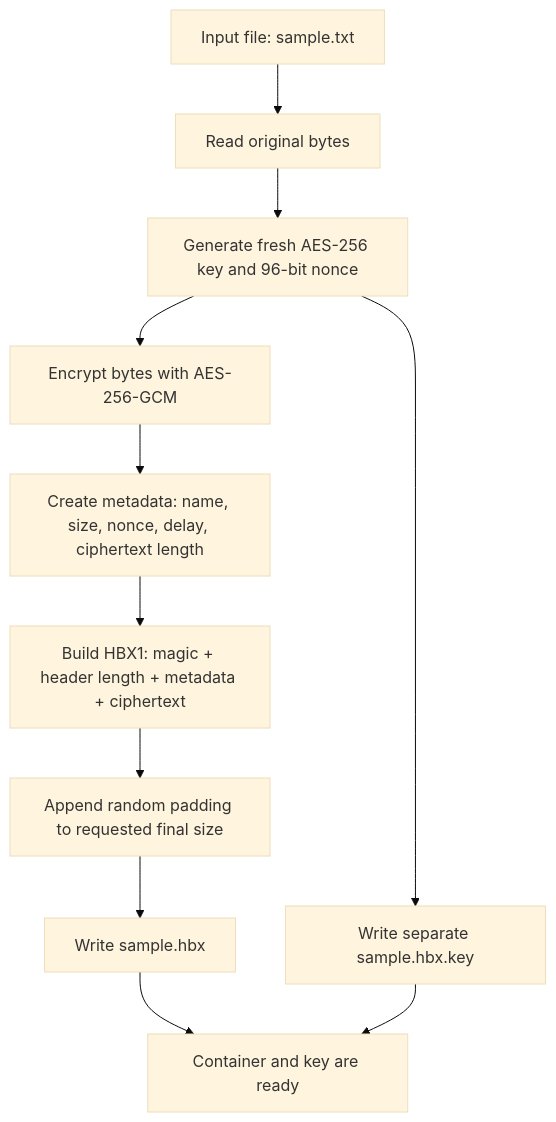
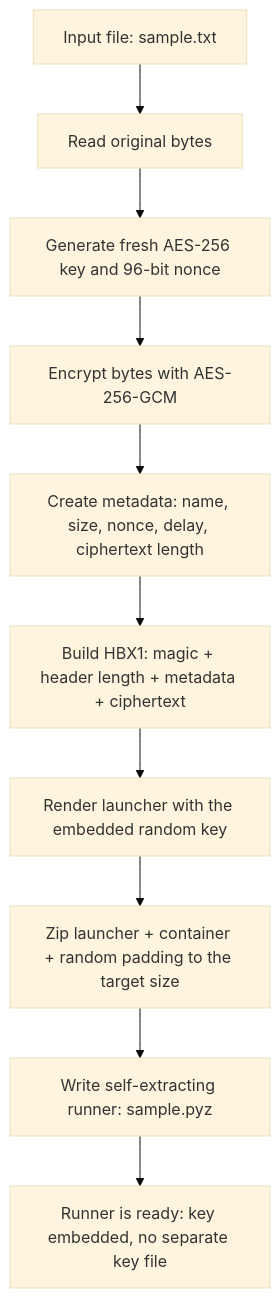
Before and after one commit to fahdaguenouz/hidden-bytes: the fourth of 8 diagrams in README.md, drawn with Mermaid (base theme). The commit also changed other lines of this file and 1 other file, not shown here.

````diff
--- a/README.md
+++ b/README.md
@@ -817,13 +811,12 @@
 ```mermaid
 flowchart TD
     A[Input file: sample.txt] --> B[Read original bytes]
     B --> C[Generate fresh AES-256 key and 96-bit nonce]
     C --> D[Encrypt bytes with AES-256-GCM]
     D --> E[Create metadata: name, size, nonce, delay, ciphertext length]
     E --> F[Build HBX1: magic + header length + metadata + ciphertext]
-    F --> G[Append random padding to requested final size]
-    G --> H[Write sample.hbx]
-    C --> I[Write separate sample.hbx.key]
-    H --> J[Container and key are ready]
-    I --> J
+    F --> G[Render launcher with the embedded random key]
+    G --> H[Zip launcher + container + random padding to the target size]
+    H --> I[Write self-extracting runner: sample.pyz]
+    I --> J[Runner is ready: key embedded, no separate key file]
 ```
````
